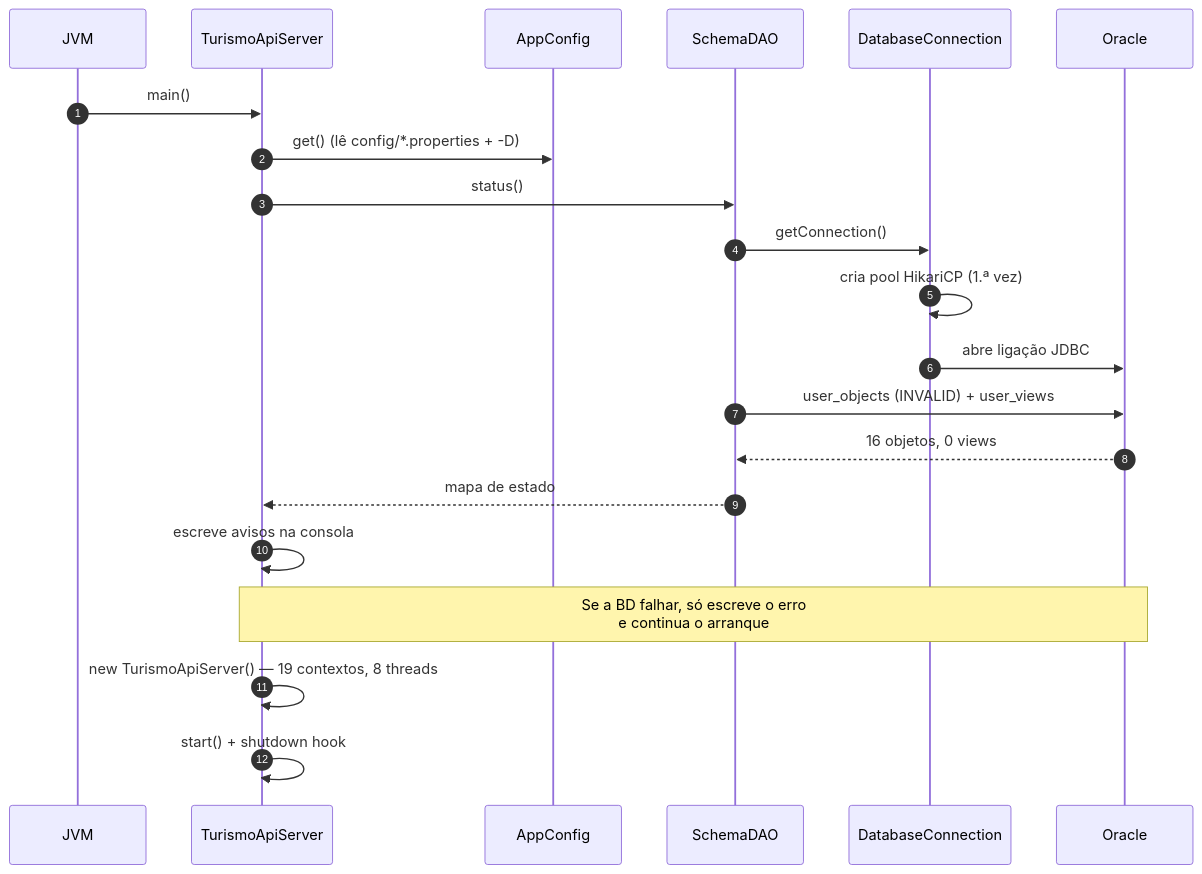
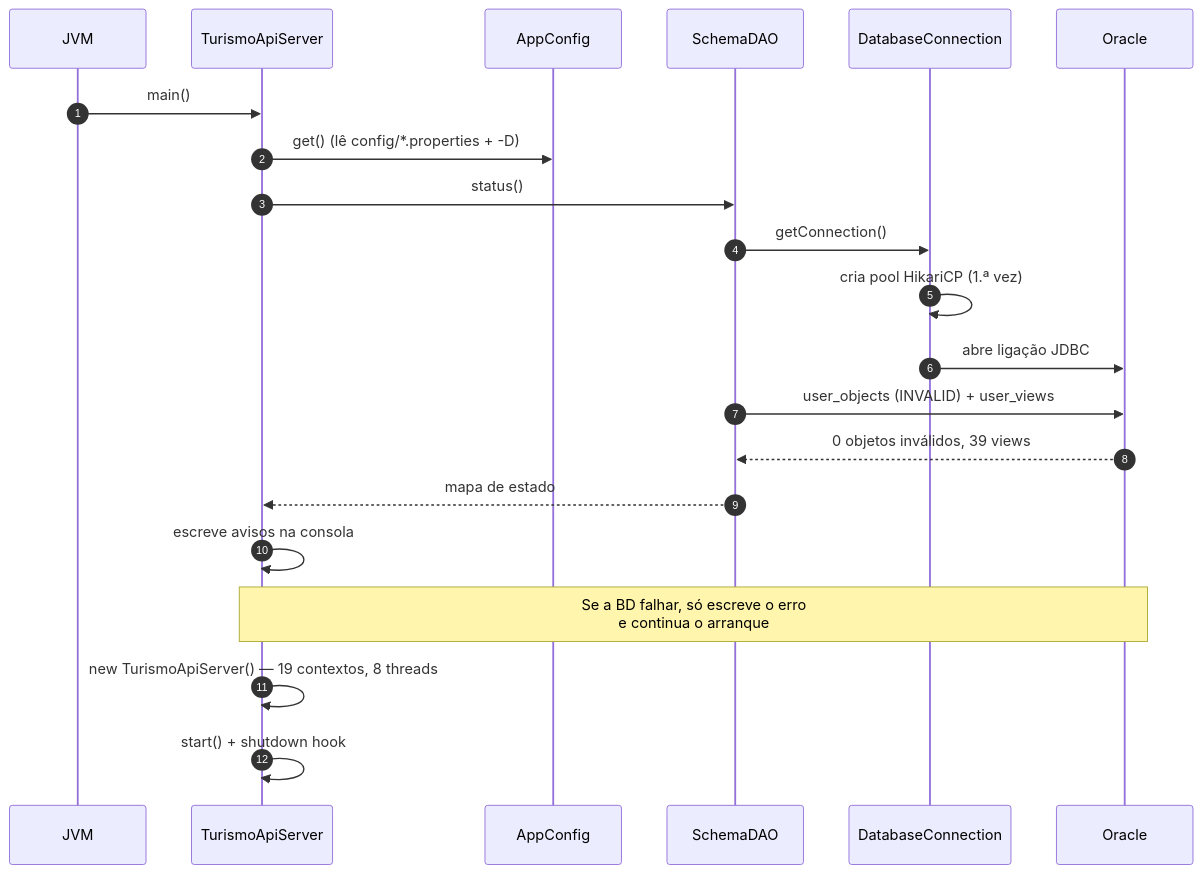
The tenth of 19 diagrams in documents/README.md (devyosef07/Trabalho_Gestao_Turismo), drawn with Mermaid before and after one commit. The commit also changed other lines of this file and 89 other files, not shown here.

````diff
--- a/documents/README.md
+++ b/documents/README.md
@@ -2219,24 +2378,24 @@
 ```mermaid
 sequenceDiagram
     autonumber
     participant JVM
     participant S as TurismoApiServer
     participant C as AppConfig
     participant SD as SchemaDAO
     participant DC as DatabaseConnection
     participant O as Oracle
 
     JVM->>S: main()
     S->>C: get() (lê config/*.properties + -D)
     S->>SD: status()
     SD->>DC: getConnection()
     DC->>DC: cria pool HikariCP (1.ª vez)
     DC->>O: abre ligação JDBC
     SD->>O: user_objects (INVALID) + user_views
-    O-->>SD: 16 objetos, 0 views
+    O-->>SD: 0 objetos inválidos, 39 views
     SD-->>S: mapa de estado
     S->>S: escreve avisos na consola
     Note over S,O: Se a BD falhar, só escreve o erro<br/>e continua o arranque
     S->>S: new TurismoApiServer() — 19 contextos, 8 threads
     S->>S: start() + shutdown hook
 ```
````
